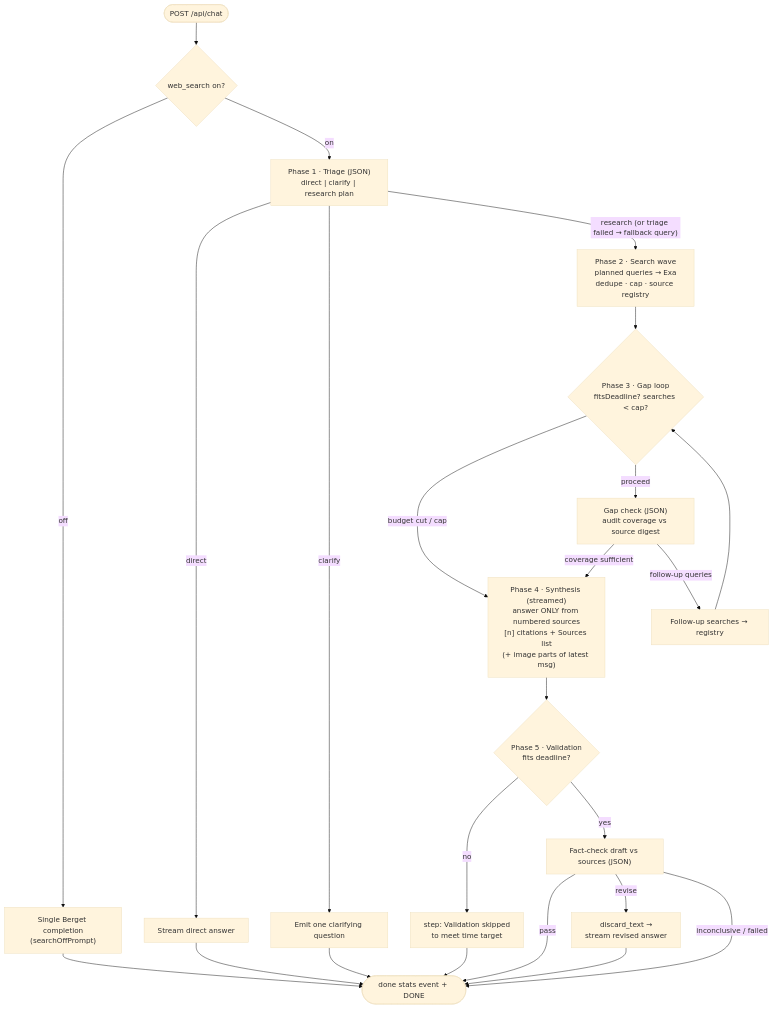
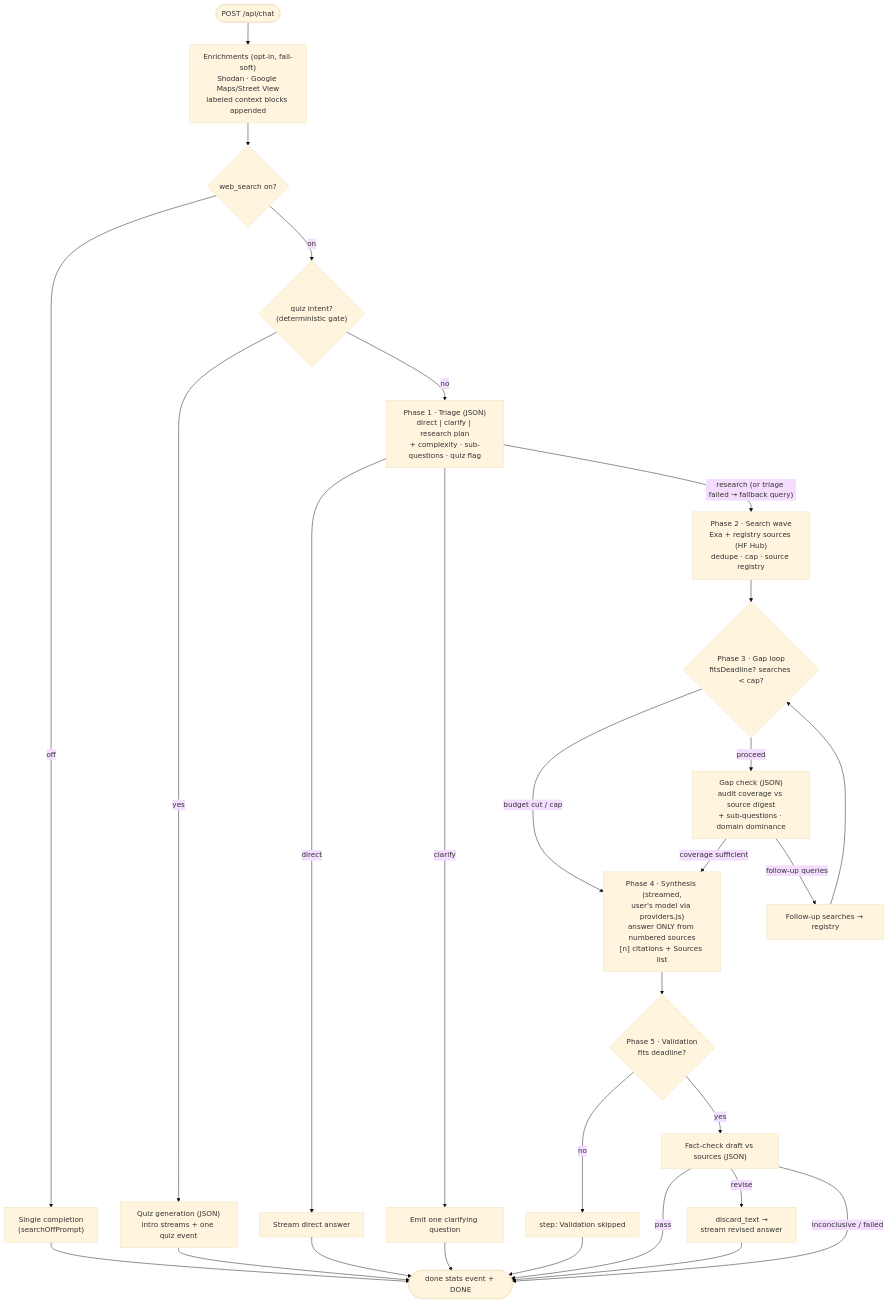
The second of 2 diagrams in docs/ARCHITECTURE.md (kristerhedfors/Deepresearch.se), drawn with Mermaid (base theme) before and after one commit. The commit also changed other lines of this file and 3 other files, not shown here.

First line of the commit message:
docs: refresh architecture/README/roadmap/auth docs to current system

````diff
--- a/docs/ARCHITECTURE.md
+++ b/docs/ARCHITECTURE.md
@@ -176,22 +245,25 @@
 ```mermaid
 flowchart TD
-    IN([POST /api/chat]) --> WS{web_search on?}
-    WS -- off --> SO["Single Berget completion<br/>(searchOffPrompt)"] --> DONE
-    WS -- on --> T["Phase 1 · Triage (JSON)<br/>direct | clarify | research plan"]
+    IN([POST /api/chat]) --> EN["Enrichments (opt-in, fail-soft)<br/>Shodan · Google Maps/Street View<br/>labeled context blocks appended"]
+    EN --> WS{web_search on?}
+    WS -- off --> SO["Single completion<br/>(searchOffPrompt)"] --> DONE
+    WS -- on --> QZ{"quiz intent?<br/>(deterministic gate)"}
+    QZ -- yes --> QG["Quiz generation (JSON)<br/>intro streams + one quiz event"] --> DONE
+    QZ -- no --> T["Phase 1 · Triage (JSON)<br/>direct | clarify | research plan<br/>+ complexity · sub-questions · quiz flag"]
     T -- direct --> DR["Stream direct answer"] --> DONE
     T -- clarify --> CL["Emit one clarifying question"] --> DONE
-    T -- "research (or triage failed → fallback query)" --> SW["Phase 2 · Search wave<br/>planned queries → Exa<br/>dedupe · cap · source registry"]
+    T -- "research (or triage failed → fallback query)" --> SW["Phase 2 · Search wave<br/>Exa + registry sources (HF Hub)<br/>dedupe · cap · source registry"]
     SW --> GAP{"Phase 3 · Gap loop<br/>fitsDeadline? searches < cap?"}
     GAP -- "budget cut / cap" --> SY
-    GAP -- proceed --> GC["Gap check (JSON)<br/>audit coverage vs source digest"]
+    GAP -- proceed --> GC["Gap check (JSON)<br/>audit coverage vs source digest<br/>+ sub-questions · domain dominance"]
     GC -- "coverage sufficient" --> SY
     GC -- "follow-up queries" --> FS["Follow-up searches → registry"] --> GAP
-    SY["Phase 4 · Synthesis (streamed)<br/>answer ONLY from numbered sources<br/>[n] citations + Sources list<br/>(+ image parts of latest msg)"]
+    SY["Phase 4 · Synthesis (streamed,<br/>user's model via providers.js)<br/>answer ONLY from numbered sources<br/>[n] citations + Sources list"]
     SY --> V{"Phase 5 · Validation<br/>fits deadline?"}
-    V -- no --> VS["step: Validation skipped<br/>to meet time target"] --> DONE
+    V -- no --> VS["step: Validation skipped"] --> DONE
     V -- yes --> FC["Fact-check draft vs sources (JSON)"]
     FC -- pass --> DONE
     FC -- "revise" --> RV["discard_text →<br/>stream revised answer"] --> DONE
     FC -- "inconclusive / failed" --> DONE
     DONE([done stats event + DONE])
 ```
````
